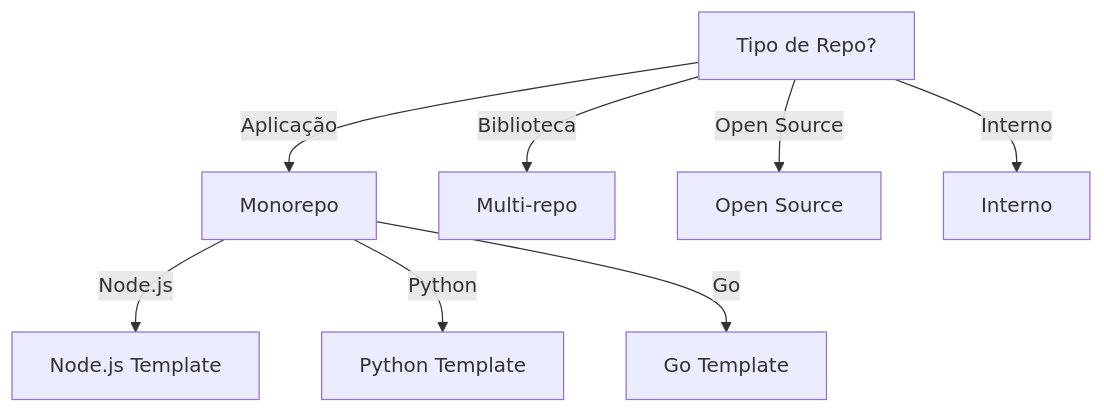
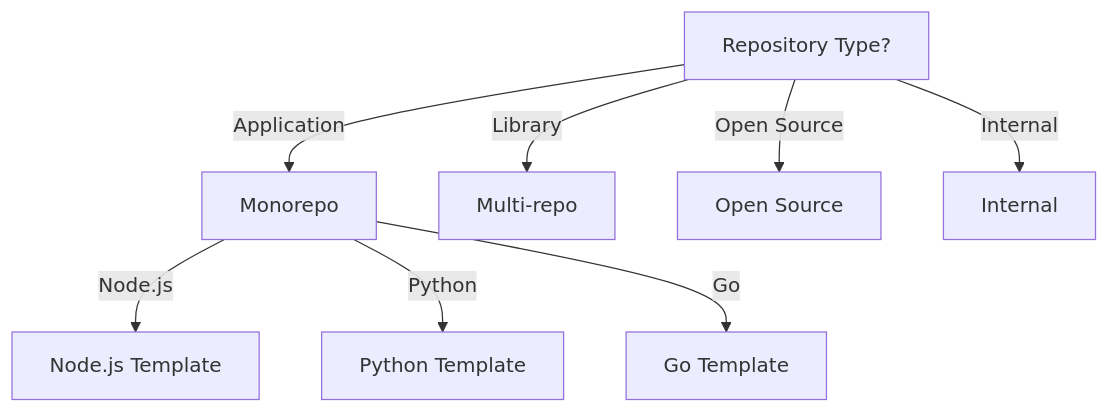
One commit to lscheffel/ignite-agents-skills changed the diagram in skills/repo-bootstrap/SKILL.md. Above: the diagram before and after it, drawn with Mermaid. The commit also changed other lines of this file and 1024 other files, not shown here.

````diff
--- a/skills/repo-bootstrap/SKILL.md
+++ b/skills/repo-bootstrap/SKILL.md
@@ -32,10 +46,10 @@
 ```mermaid
 graph TD
-    A[Tipo de Repo?] -->|Aplicação| B[Monorepo]
-    A -->|Biblioteca| C[Multi-repo]
+    A[Repository Type?] -->|Application| B[Monorepo]
+    A -->|Library| C[Multi-repo]
     A -->|Open Source| D[Open Source]
-    A -->|Interno| E[Interno]
+    A -->|Internal| E[Internal]
     B -->|Node.js| F[Node.js Template]
     B -->|Python| G[Python Template]
     B -->|Go| H[Go Template]
 ```
````
